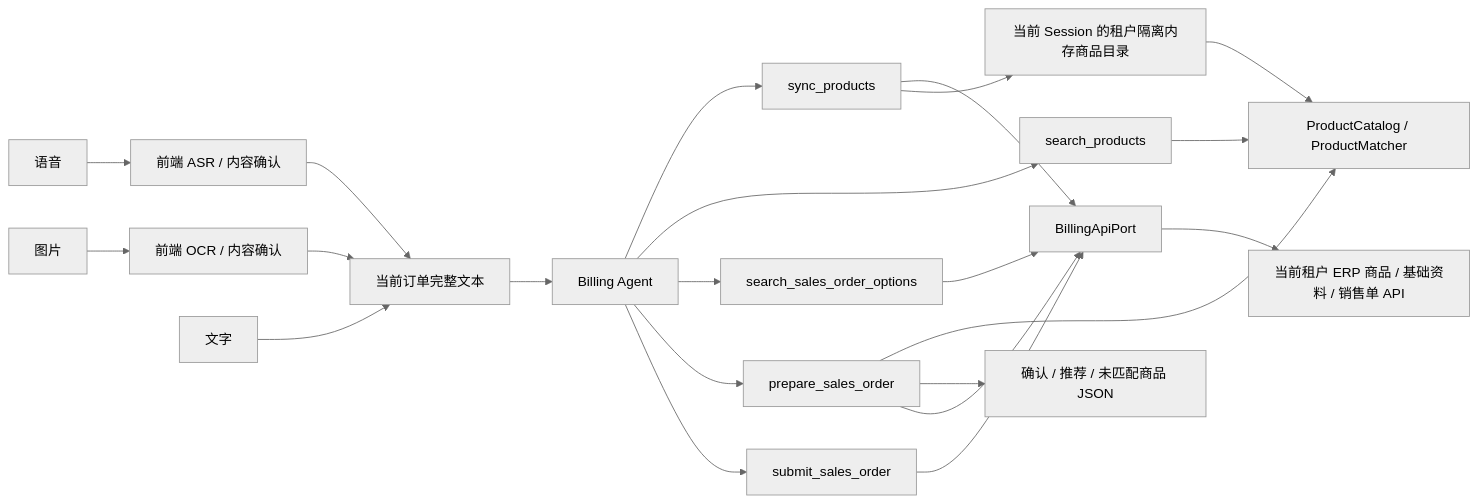
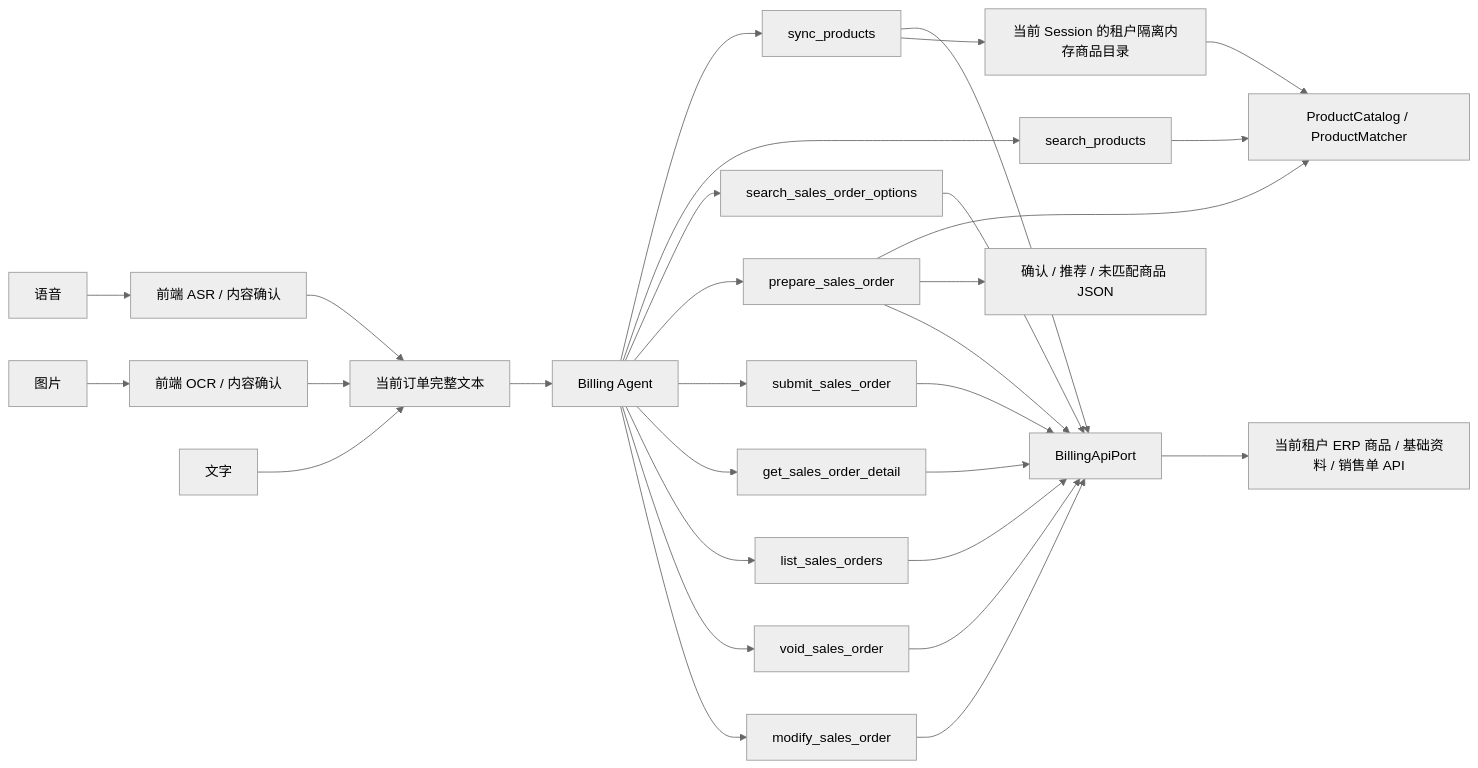
One commit to 757607106/gjp-cyb-mcp changed the diagram in docs/architecture/ai-billing-tools-api-matching.md. Above: the diagram before and after it, drawn with Mermaid (neutral theme). The commit also changed other lines of this file and 7 other files, not shown here.

Commit message:
新增工具 get_sales_order_detail list_sales_orders void_sales_order modify_sales_order

````diff
--- a/docs/architecture/ai-billing-tools-api-matching.md
+++ b/docs/architecture/ai-billing-tools-api-matching.md
@@ -12,26 +12,34 @@
 ```mermaid
 flowchart LR
     Voice["语音"] --> ASR["前端 ASR / 内容确认"]
     Image["图片"] --> OCR["前端 OCR / 内容确认"]
     Text["文字"] --> FullText["当前订单完整文本"]
     ASR --> FullText
     OCR --> FullText
     FullText --> Agent["Billing Agent"]
 
     Agent --> Sync["sync_products"]
     Agent --> Search["search_products"]
     Agent --> Options["search_sales_order_options"]
     Agent --> Draft["prepare_sales_order"]
     Agent --> Submit["submit_sales_order"]
+    Agent --> Detail["get_sales_order_detail"]
+    Agent --> ListOrders["list_sales_orders"]
+    Agent --> Void["void_sales_order"]
+    Agent --> Modify["modify_sales_order"]
 
     Sync --> Port["BillingApiPort"]
     Sync --> Catalog["当前 Session 的租户隔离内存商品目录"]
     Search --> Matcher["ProductCatalog / ProductMatcher"]
     Draft --> Matcher
     Catalog --> Matcher
     Draft --> Json["确认 / 推荐 / 未匹配商品 JSON"]
     Options --> Port
     Draft --> Port
     Submit --> Port
+    Detail --> Port
+    ListOrders --> Port
+    Void --> Port
+    Modify --> Port
     Port --> ERP["当前租户 ERP 商品 / 基础资料 / 销售单 API"]
 ```
````
